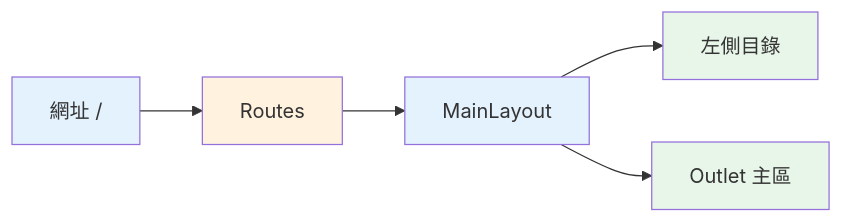
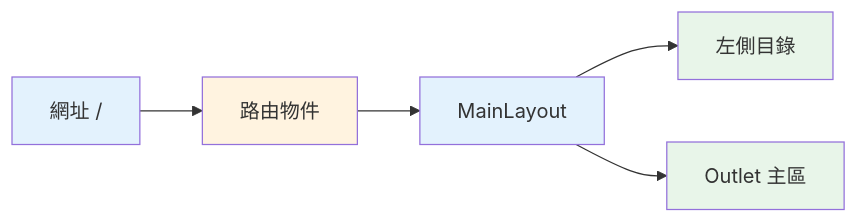
One commit to summer10920/summer10920.github.io changed the fifth of 9 diagrams in source/_posts/lokiTech-15day-11-react-router.md. Above: the diagram before and after it, drawn with Mermaid. The commit also changed other lines of this file and 2 other files, not shown here.

```diff
--- a/source/_posts/lokiTech-15day-11-react-router.md
+++ b/source/_posts/lokiTech-15day-11-react-router.md
@@ -607,11 +637,11 @@
 {% mermaid graph LR %}
-  urlNode["網址 /"] --> tableNode["Routes"]
+  urlNode["網址 /"] --> tableNode["路由物件"]
   tableNode --> layoutNode["MainLayout"]
   layoutNode --> menuNode["左側目錄"]
   layoutNode --> slotNode["Outlet 主區"]
   style urlNode fill:#e3f2fd
   style tableNode fill:#fff3e0
   style layoutNode fill:#e3f2fd
   style menuNode fill:#e8f5e9
   style slotNode fill:#e8f5e9
 {% endmermaid %}
```
